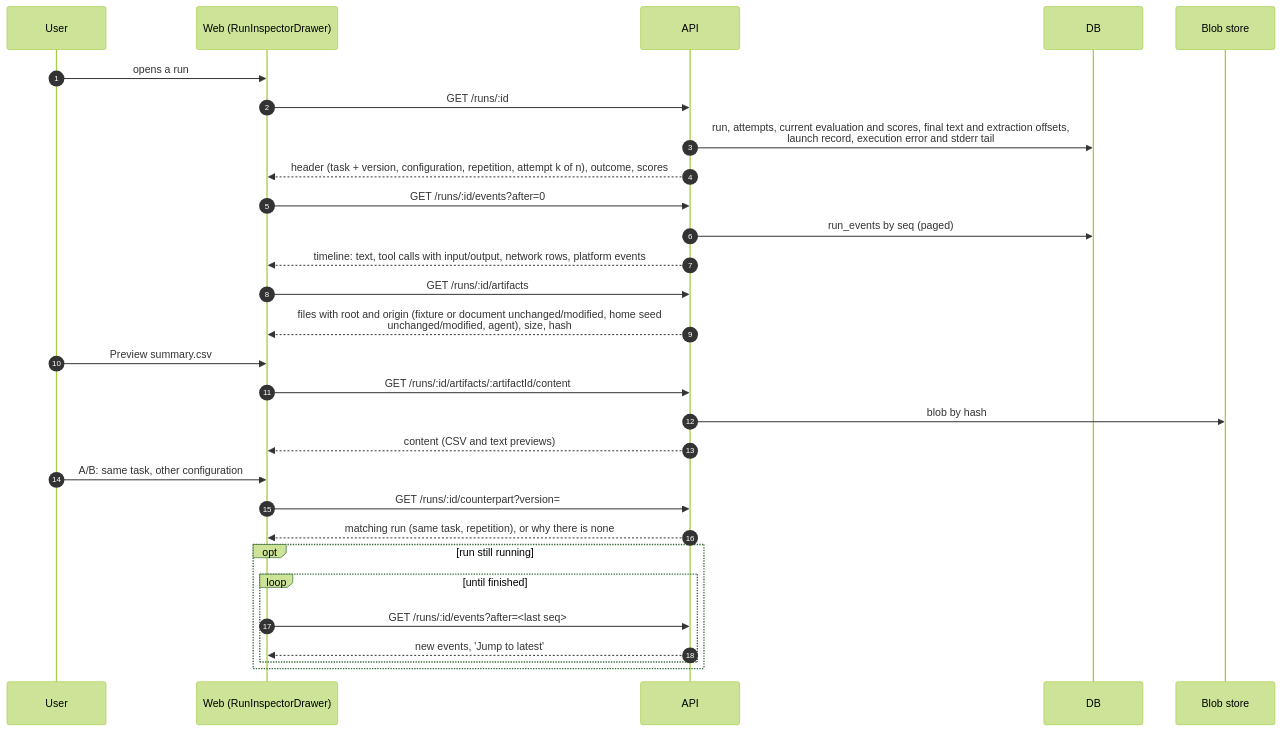
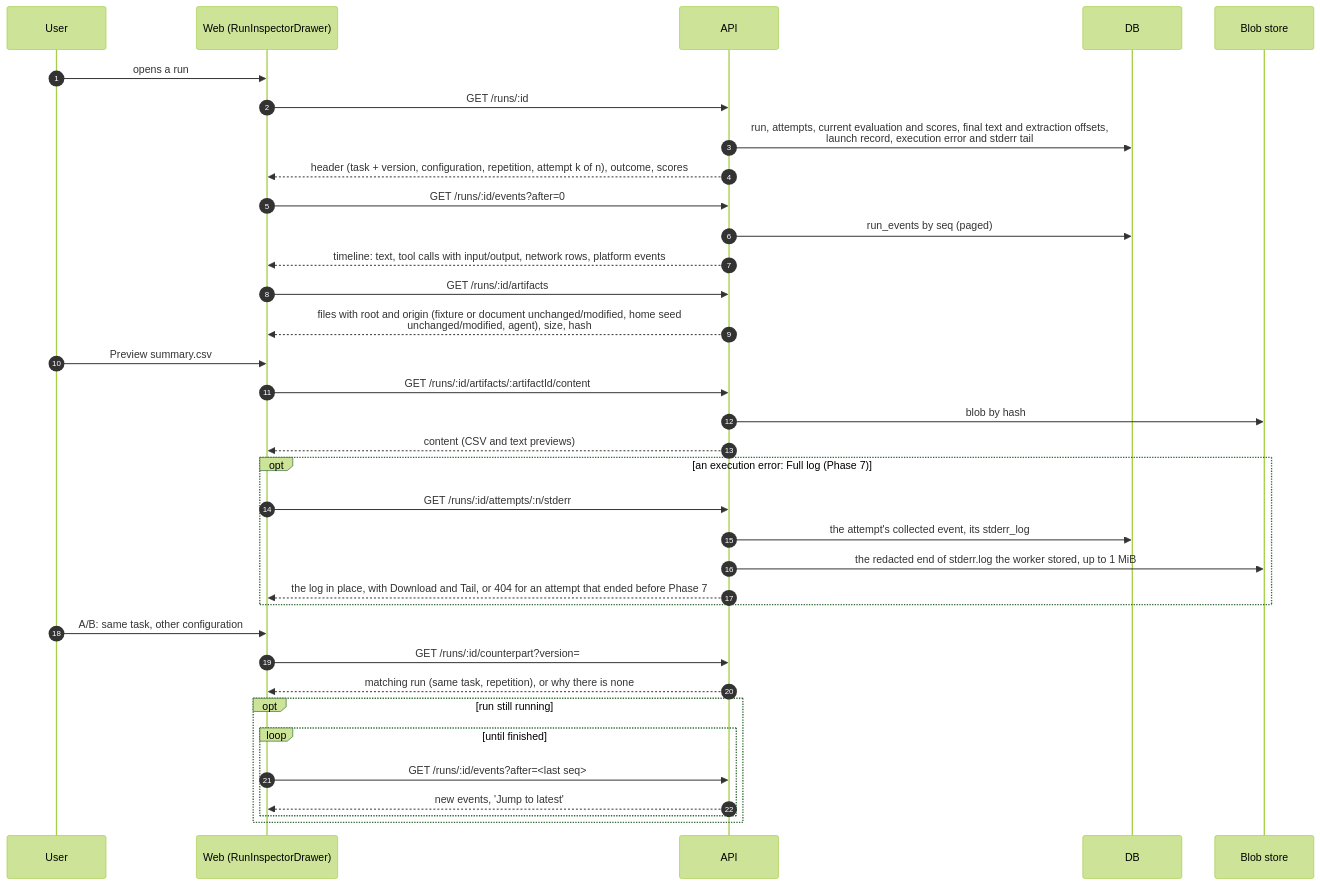
Diagram 47 of 47 in UI_FLOWS.md (sasuke007/hermes-evals), drawn with Mermaid (forest theme) before and after one commit. The commit also changed other lines of this file and 289 other files, not shown here.

````diff
--- a/UI_FLOWS.md
+++ b/UI_FLOWS.md
@@ -1707,32 +1723,38 @@
 ```mermaid
 sequenceDiagram
   autonumber
   participant U as User
   participant W as Web (RunInspectorDrawer)
   participant A as API
   participant DB as DB
   participant B as Blob store
 
   U->>W: opens a run
   W->>A: GET /runs/:id
   A->>DB: run, attempts, current evaluation and scores, final text and extraction offsets,<br/>launch record, execution error and stderr tail
   A-->>W: header (task + version, configuration, repetition, attempt k of n), outcome, scores
   W->>A: GET /runs/:id/events?after=0
   A->>DB: run_events by seq (paged)
   A-->>W: timeline: text, tool calls with input/output, network rows, platform events
   W->>A: GET /runs/:id/artifacts
   A-->>W: files with root and origin (fixture or document unchanged/modified, home seed<br/>unchanged/modified, agent), size, hash
   U->>W: Preview summary.csv
   W->>A: GET /runs/:id/artifacts/:artifactId/content
   A->>B: blob by hash
   A-->>W: content (CSV and text previews)
+  opt an execution error: Full log (Phase 7)
+    W->>A: GET /runs/:id/attempts/:n/stderr
+    A->>DB: the attempt's collected event, its stderr_log
+    A->>B: the redacted end of stderr.log the worker stored, up to 1 MiB
+    A-->>W: the log in place, with Download and Tail, or 404 for an attempt that ended before Phase 7
+  end
   U->>W: A/B: same task, other configuration
   W->>A: GET /runs/:id/counterpart?version=
   A-->>W: matching run (same task, repetition), or why there is none
   opt run still running
     loop until finished
       W->>A: GET /runs/:id/events?after=<last seq>
       A-->>W: new events, 'Jump to latest'
     end
   end
 ```
````
